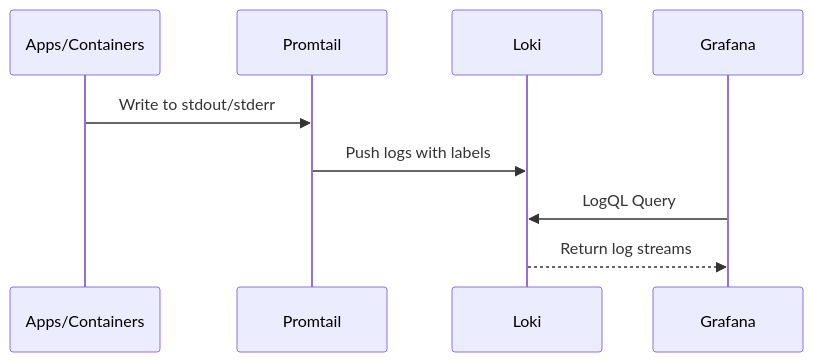
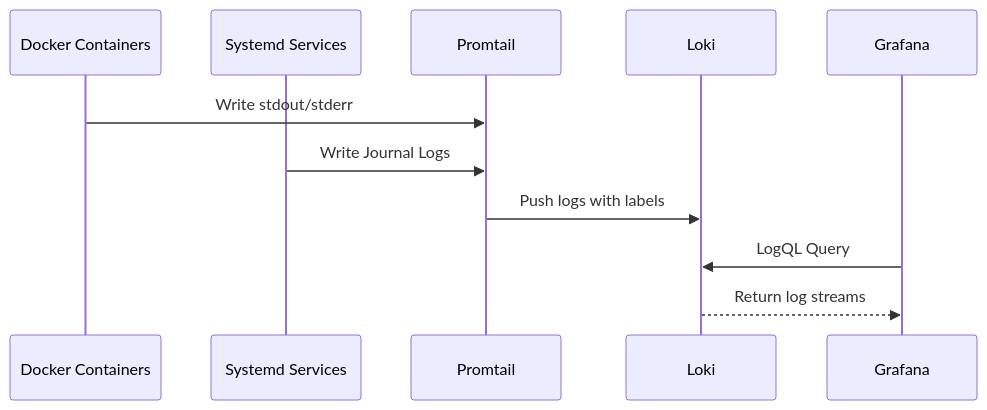
One commit to victoriacheng15/observability-hub changed the diagram in docs/architecture/infrastructure.md. Above: the diagram before and after it, drawn with Mermaid. The commit also changed 3 other files, not shown here.

Commit message:
docs(arch): sync architecture diagrams and document systemd automation

````diff
--- a/docs/architecture/infrastructure.md
+++ b/docs/architecture/infrastructure.md
@@ -17,12 +17,14 @@
 ```mermaid
 sequenceDiagram
-    participant Apps as Apps/Containers
+    participant Containers as Docker Containers
+    participant Systemd as Systemd Services
     participant Promtail as Promtail
     participant Loki as Loki
     participant Grafana as Grafana
 
-    Apps->>Promtail: Write to stdout/stderr
+    Containers->>Promtail: Write stdout/stderr
+    Systemd->>Promtail: Write Journal Logs
     Promtail->>Loki: Push logs with labels
     Grafana->>Loki: LogQL Query
     Loki-->>Grafana: Return log streams
 ```
````
